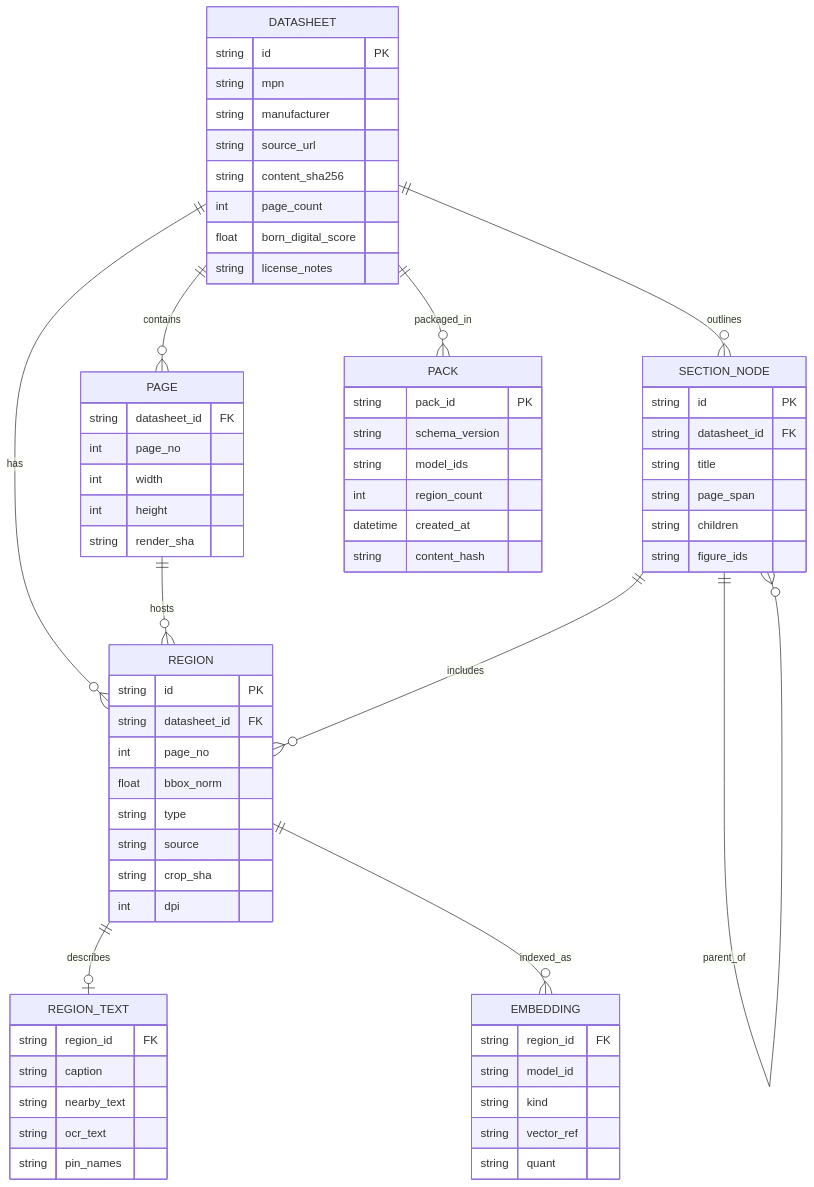
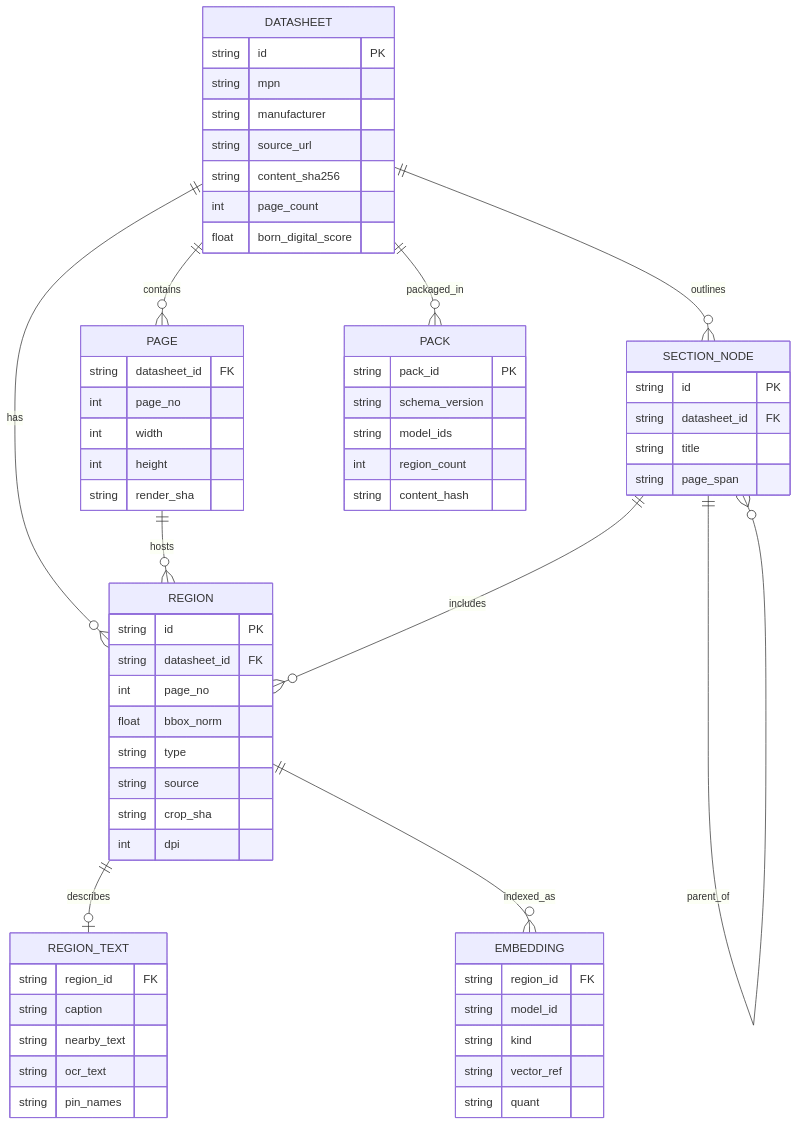
The fourth of 6 diagrams in docs/TECHNICAL_BIBLE.md (TokitoAI/tokito-dsvire), drawn with Mermaid before and after one commit. The commit also changed other lines of this file and 4 other files, not shown here.

First line of the commit message:
docs: public-facing rewrite and fix Mermaid IDs

````diff
--- a/docs/TECHNICAL_BIBLE.md
+++ b/docs/TECHNICAL_BIBLE.md
@@ -295,76 +256,72 @@
 ```mermaid
 erDiagram
   DATASHEET ||--o{ PAGE : contains
   DATASHEET ||--o{ SECTION_NODE : outlines
   DATASHEET ||--o{ REGION : has
   DATASHEET ||--o{ PACK : packaged_in
   PAGE ||--o{ REGION : hosts
   SECTION_NODE ||--o{ SECTION_NODE : parent_of
   SECTION_NODE ||--o{ REGION : includes
   REGION ||--o| REGION_TEXT : describes
   REGION ||--o{ EMBEDDING : indexed_as
 
   DATASHEET {
     string id PK
     string mpn
     string manufacturer
     string source_url
     string content_sha256
     int page_count
     float born_digital_score
-    string license_notes
   }
 
   PAGE {
     string datasheet_id FK
     int page_no
     int width
     int height
     string render_sha
   }
 
   REGION {
     string id PK
     string datasheet_id FK
     int page_no
     float bbox_norm
     string type
     string source
     string crop_sha
     int dpi
   }
 
   REGION_TEXT {
     string region_id FK
     string caption
     string nearby_text
     string ocr_text
     string pin_names
   }
 
   EMBEDDING {
     string region_id FK
     string model_id
     string kind
     string vector_ref
     string quant
   }
 
   SECTION_NODE {
     string id PK
     string datasheet_id FK
     string title
     string page_span
-    string children
-    string figure_ids
   }
 
   PACK {
     string pack_id PK
     string schema_version
     string model_ids
     int region_count
-    datetime created_at
     string content_hash
   }
 ```
````
